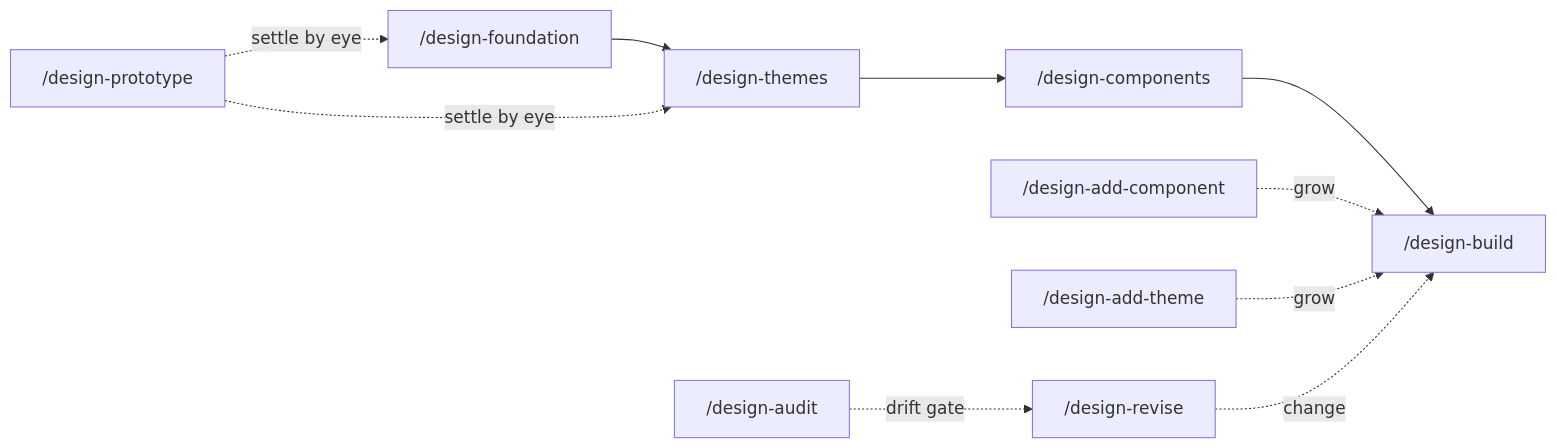
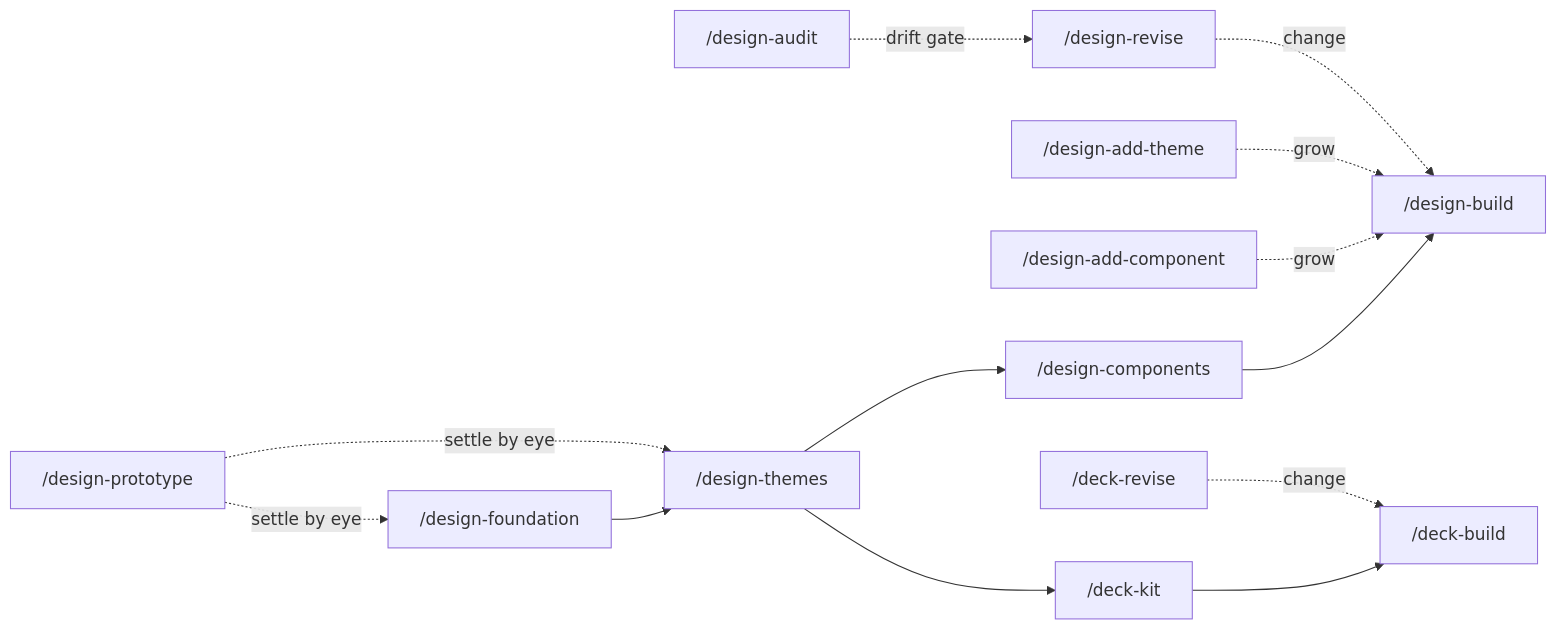
Before and after one commit to mtrense/skills: the diagram in design-system/README.md, drawn with Mermaid. The commit also changed other lines of this file and 11 other files, not shown here.

````diff
--- a/design-system/README.md
+++ b/design-system/README.md
@@ -15,10 +15,12 @@
 ```mermaid
 flowchart LR
   df["/design-foundation"] --> dt["/design-themes"] --> dc["/design-components"] --> db["/design-build"]
   dp["/design-prototype"] -.settle by eye.-> df
   dp -.settle by eye.-> dt
   ac["/design-add-component"] -.grow.-> db
   at["/design-add-theme"] -.grow.-> db
   rv["/design-revise"] -.change.-> db
   da["/design-audit"] -.drift gate.-> rv
+  dt --> dk["/deck-kit"] --> dbd["/deck-build"]
+  drv["/deck-revise"] -.change.-> dbd
 ```
````
